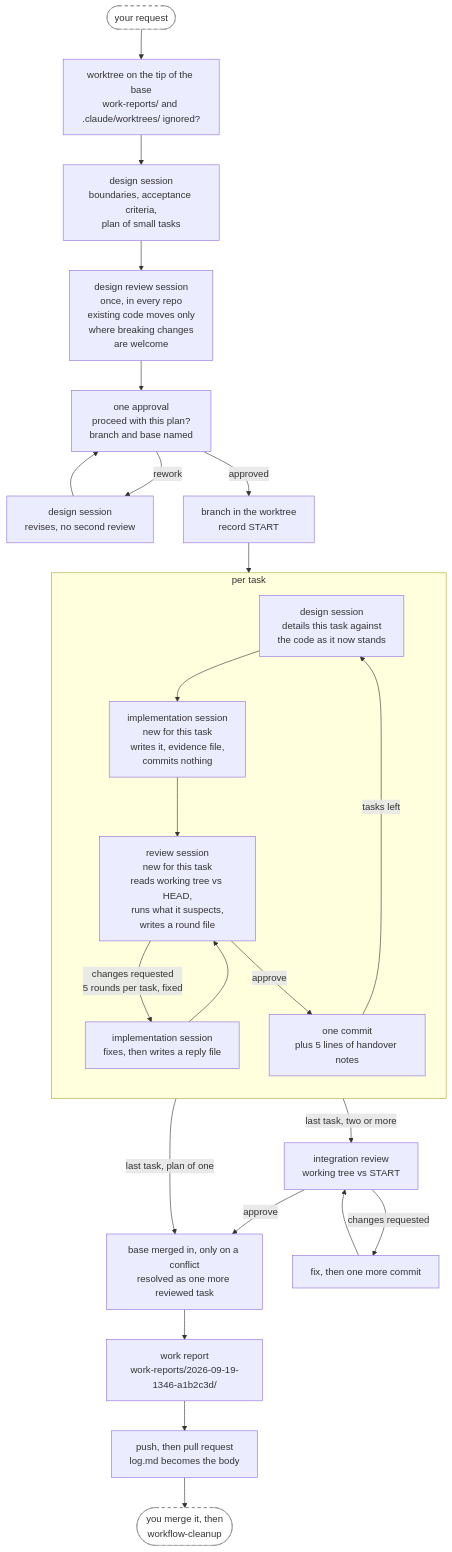
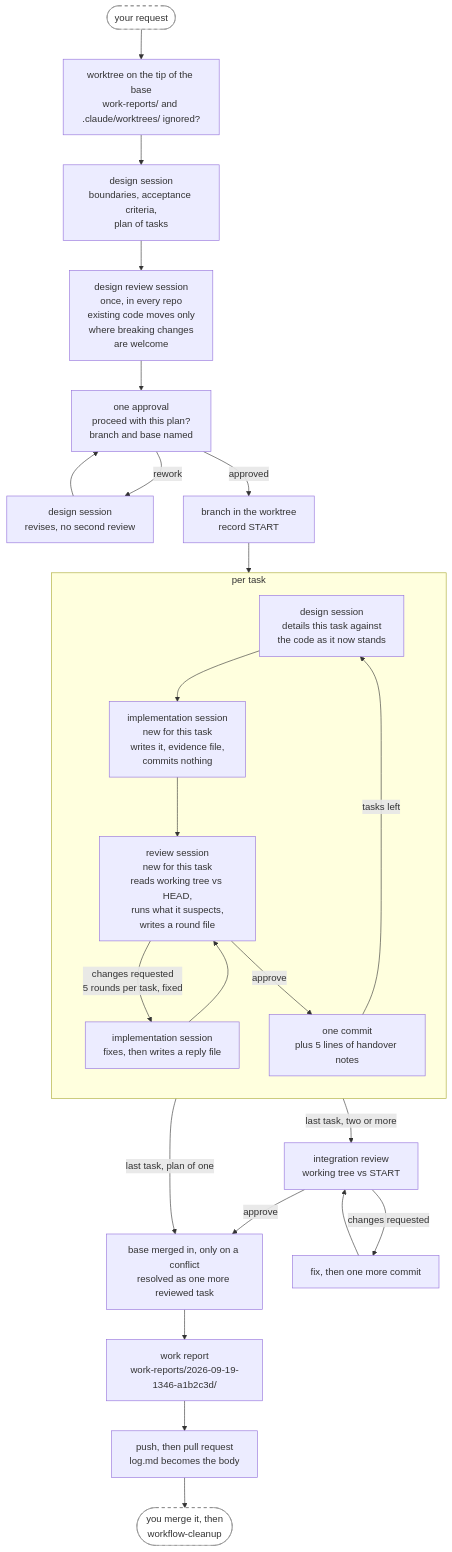
Before and after one commit to annetaan/claude-plugins: the second of 4 diagrams in plugins/annetaan/README.md, drawn with Mermaid. The commit also changed other lines of this file and 12 other files, not shown here.

````diff
--- a/plugins/annetaan/README.md
+++ b/plugins/annetaan/README.md
@@ -166,34 +166,34 @@
 ```mermaid
 flowchart TD
-    req(["your request"]) --> wt["worktree on the tip of the base<br/>work-reports/ and .claude/worktrees/ ignored?"] --> design["design session<br/>boundaries, acceptance criteria,<br/>plan of small tasks"]
+    req(["your request"]) --> wt["worktree on the tip of the base<br/>work-reports/ and .claude/worktrees/ ignored?"] --> design["design session<br/>boundaries, acceptance criteria,<br/>plan of tasks"]
     design --> dreview["design review session<br/>once, in every repo<br/>existing code moves only<br/>where breaking changes<br/>are welcome"] --> ask["one approval<br/>proceed with this plan?<br/>branch and base named"]
     ask -->|rework| redo["design session<br/>revises, no second review"] --> ask
     ask -->|approved| setup["branch in the worktree<br/>record START"]
     setup --> detail
 
     subgraph task["per task"]
         direction TB
         detail["design session<br/>details this task against<br/>the code as it now stands"]
         impl["implementation session<br/>new for this task<br/>writes it, evidence file,<br/>commits nothing"]
         review["review session<br/>new for this task<br/>reads working tree vs HEAD,<br/>runs what it suspects,<br/>writes a round file"]
         respond["implementation session<br/>fixes, then writes a reply file"]
         commit["one commit<br/>plus 5 lines of handover notes"]
         detail --> impl --> review
         review -->|"changes requested<br/>5 rounds per task, fixed"| respond
         respond --> review
         review -->|approve| commit
         commit -->|tasks left| detail
     end
 
     commit -->|"last task, two or more"| integ["integration review<br/>working tree vs START"]
     commit -->|"last task, plan of one"| sync
     integ -->|changes requested| integfix["fix, then one more commit"]
     integfix --> integ
     integ -->|approve| sync["base merged in, only on a conflict<br/>resolved as one more reviewed task"]
     sync --> report["work report<br/>work-reports/2026-09-19-1346-a1b2c3d/"]
     report --> pr["push, then pull request<br/>log.md becomes the body"]
     pr --> clean(["you merge it, then<br/>workflow-cleanup"])
 
     classDef human fill:#fff,stroke:#888,stroke-dasharray: 5 5
     class req,clean human
 ```
````
